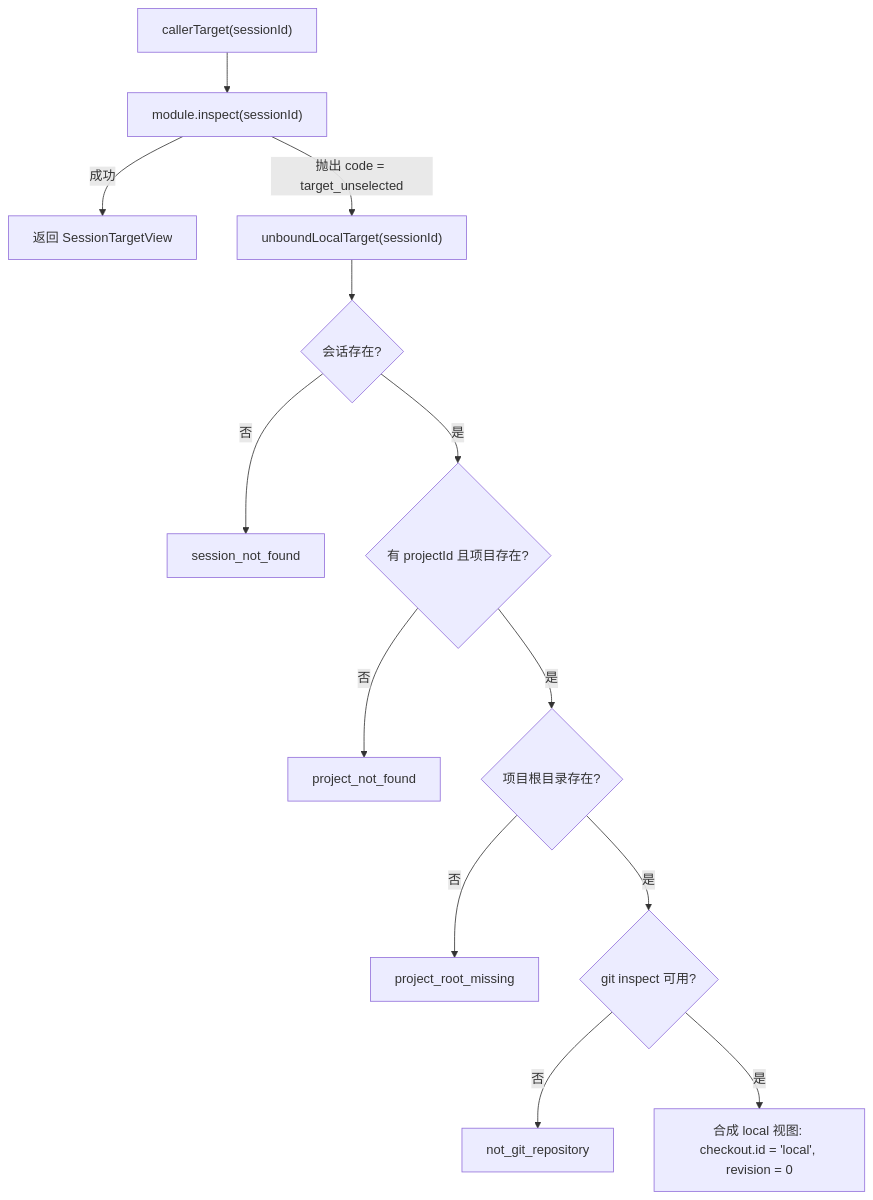
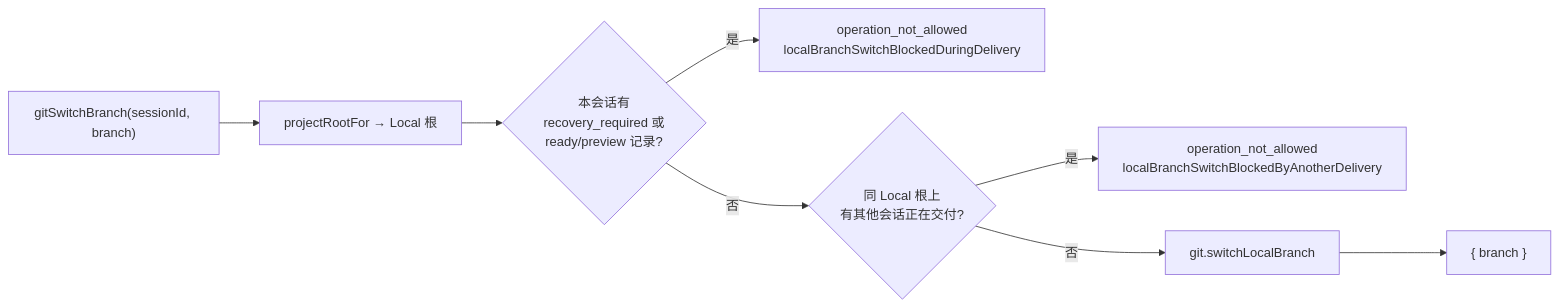
One commit to ikliml666/dsh-git-workspace changed the second of 9 diagrams in .codewiki/modules/console-host-control-plane.md. Above: the diagram before and after it, drawn with Mermaid. The commit also changed other lines of this file and 117 other files, not shown here.

````diff
--- a/.codewiki/modules/console-host-control-plane.md
+++ b/.codewiki/modules/console-host-control-plane.md
@@ -171,15 +133,10 @@
 ```mermaid
-flowchart TD
-  A["callerTarget(sessionId)"] --> B["module.inspect(sessionId)"]
-  B -->|成功| C["返回 SessionTargetView"]
-  B -->|抛出 code = target_unselected| D["unboundLocalTarget(sessionId)"]
-  D --> E{"会话存在?"}
-  E -- 否 --> E1["session_not_found"]
-  E -- 是 --> F{"有 projectId 且项目存在?"}
-  F -- 否 --> F1["project_not_found"]
-  F -- 是 --> G{"项目根目录存在?"}
-  G -- 否 --> G1["project_root_missing"]
-  G -- 是 --> H{"git inspect 可用?"}
-  H -- 否 --> H1["not_git_repository"]
-  H -- 是 --> I["合成 local 视图: checkout.id = 'local', revision = 0"]
+flowchart LR
+  A["gitSwitchBranch(sessionId, branch)"] --> B["projectRootFor → Local 根"]
+  B --> C{"本会话有<br/>recovery_required 或<br/>ready/preview 记录?"}
+  C -->|是| X1["operation_not_allowed<br/>localBranchSwitchBlockedDuringDelivery"]
+  C -->|否| D{"同 Local 根上<br/>有其他会话正在交付?"}
+  D -->|是| X2["operation_not_allowed<br/>localBranchSwitchBlockedByAnotherDelivery"]
+  D -->|否| E["git.switchLocalBranch"]
+  E --> F["{ branch }"]
 ```
````
